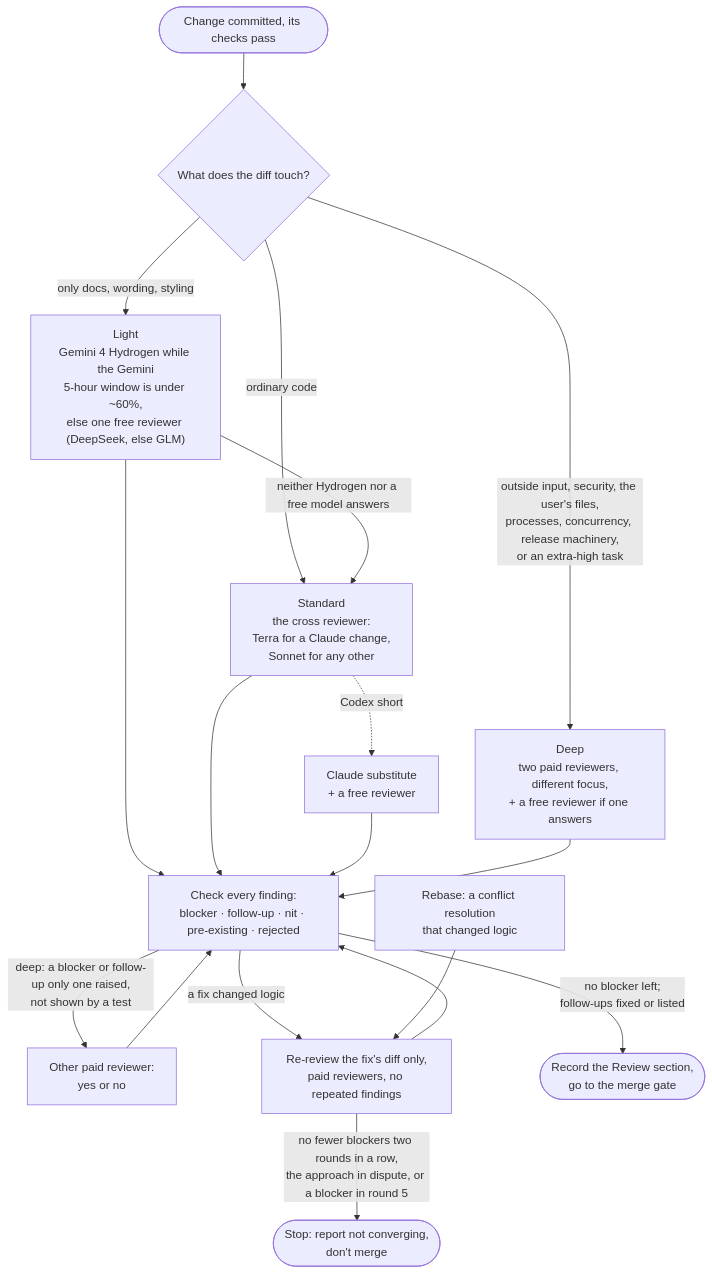
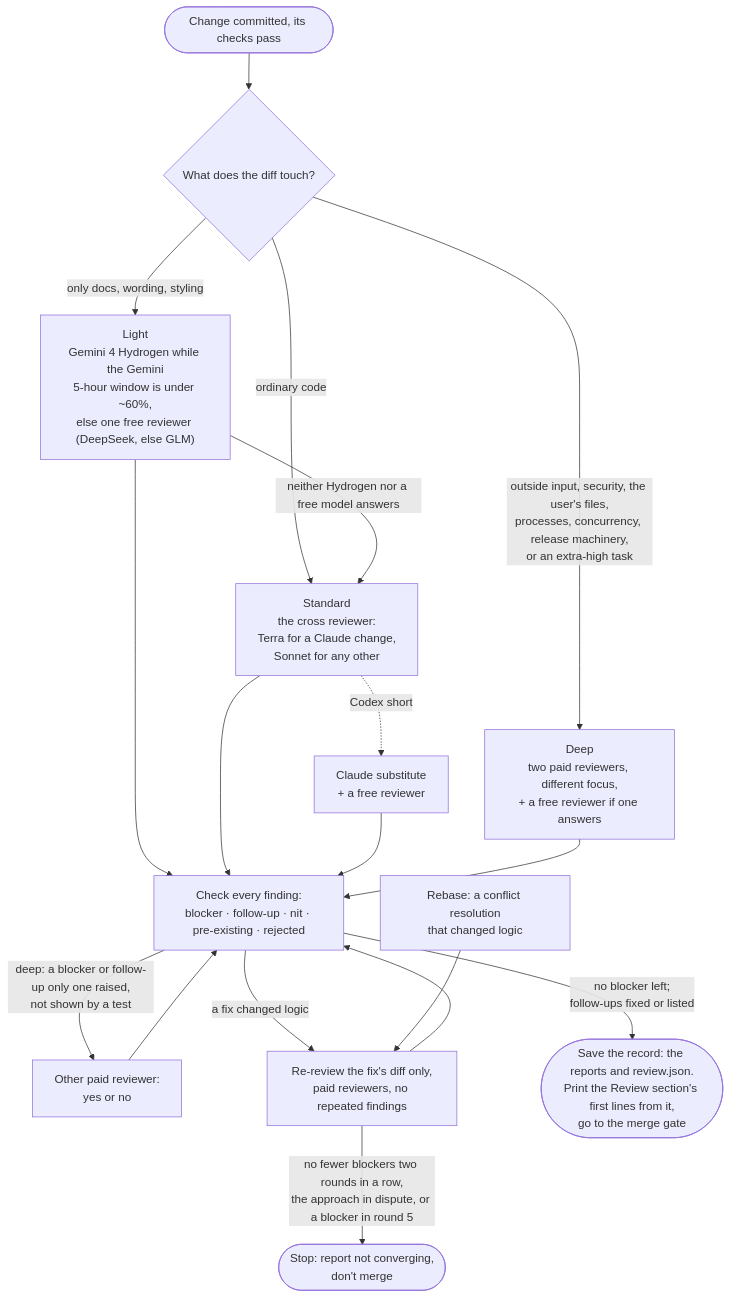
One commit to kristianbonnici/agent-skills changed the diagram in docs/skills/review-gate/README.md. Above: the diagram before and after it, drawn with Mermaid. The commit also changed other lines of this file and 3 other files, not shown here.

````diff
--- a/docs/skills/review-gate/README.md
+++ b/docs/skills/review-gate/README.md
@@ -12,17 +12,17 @@
 ```mermaid
 flowchart TD
   start([Change committed, its checks pass]) --> level{What does the diff touch?}
   level -->|"only docs, wording, styling"| light["Light<br/>Gemini 4 Hydrogen while the Gemini<br/>5-hour window is under ~60%,<br/>else one free reviewer (DeepSeek, else GLM)"]
   level -->|ordinary code| standard["Standard<br/>the cross reviewer:<br/>Terra for a Claude change,<br/>Sonnet for any other"]
   level -->|"outside input, security, the user's files,<br/>processes, concurrency, release machinery,<br/>or an extra-high task"| deep["Deep<br/>two paid reviewers, different focus,<br/>+ a free reviewer if one answers"]
   light -->|neither Hydrogen nor a free model answers| standard
   standard -.->|Codex short| sub["Claude substitute<br/>+ a free reviewer"]
   light & standard & sub & deep --> sort["Check every finding:<br/>blocker · follow-up · nit · pre-existing · rejected"]
   sort -->|"deep: a blocker or follow-up only one raised,<br/>not shown by a test"| second["Other paid reviewer:<br/>yes or no"]
   second --> sort
   sort -->|a fix changed logic| rereview["Re-review the fix's diff only,<br/>paid reviewers, no repeated findings"]
   rebase["Rebase: a conflict resolution<br/>that changed logic"] --> rereview
   rereview -->|"no fewer blockers two rounds in a row,<br/>the approach in dispute, or a blocker in round 5"| stop([Stop: report not converging,<br/>don't merge])
   rereview --> sort
-  sort -->|"no blocker left;<br/>follow-ups fixed or listed"| record([Record the Review section,<br/>go to the merge gate])
+  sort -->|"no blocker left;<br/>follow-ups fixed or listed"| record([Save the record: the reports and review.json.<br/>Print the Review section's first lines from it,<br/>go to the merge gate])
 ```
````
